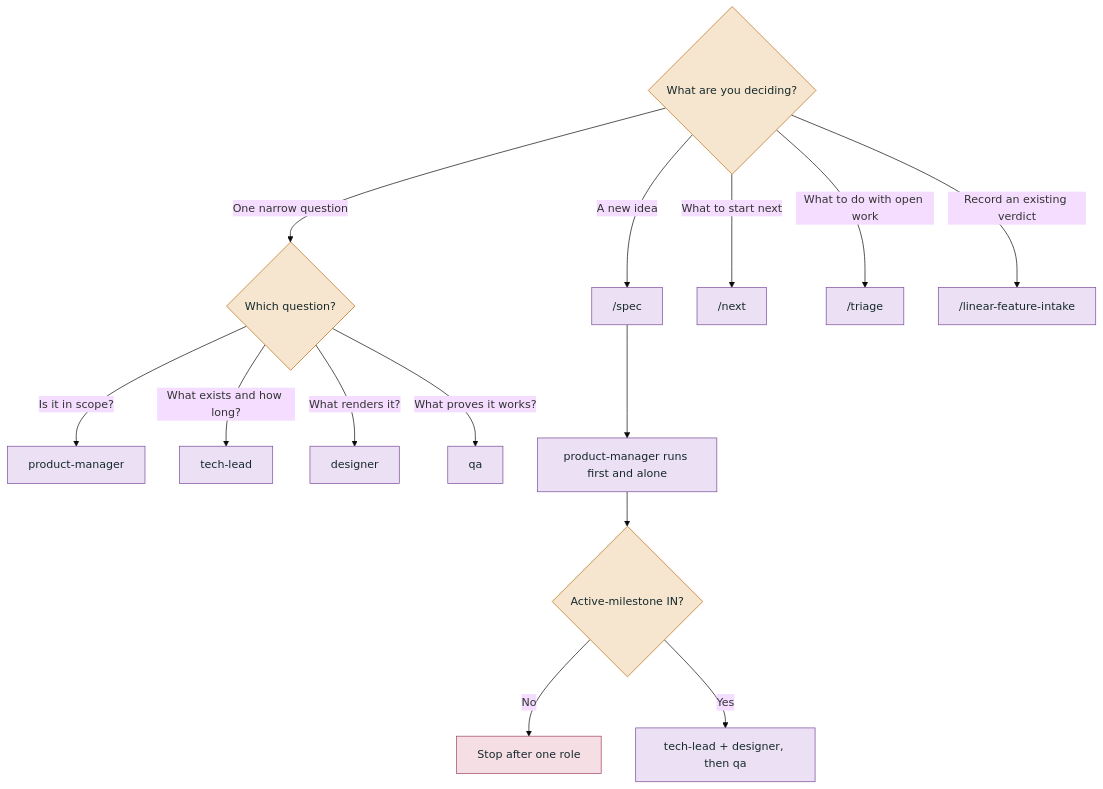
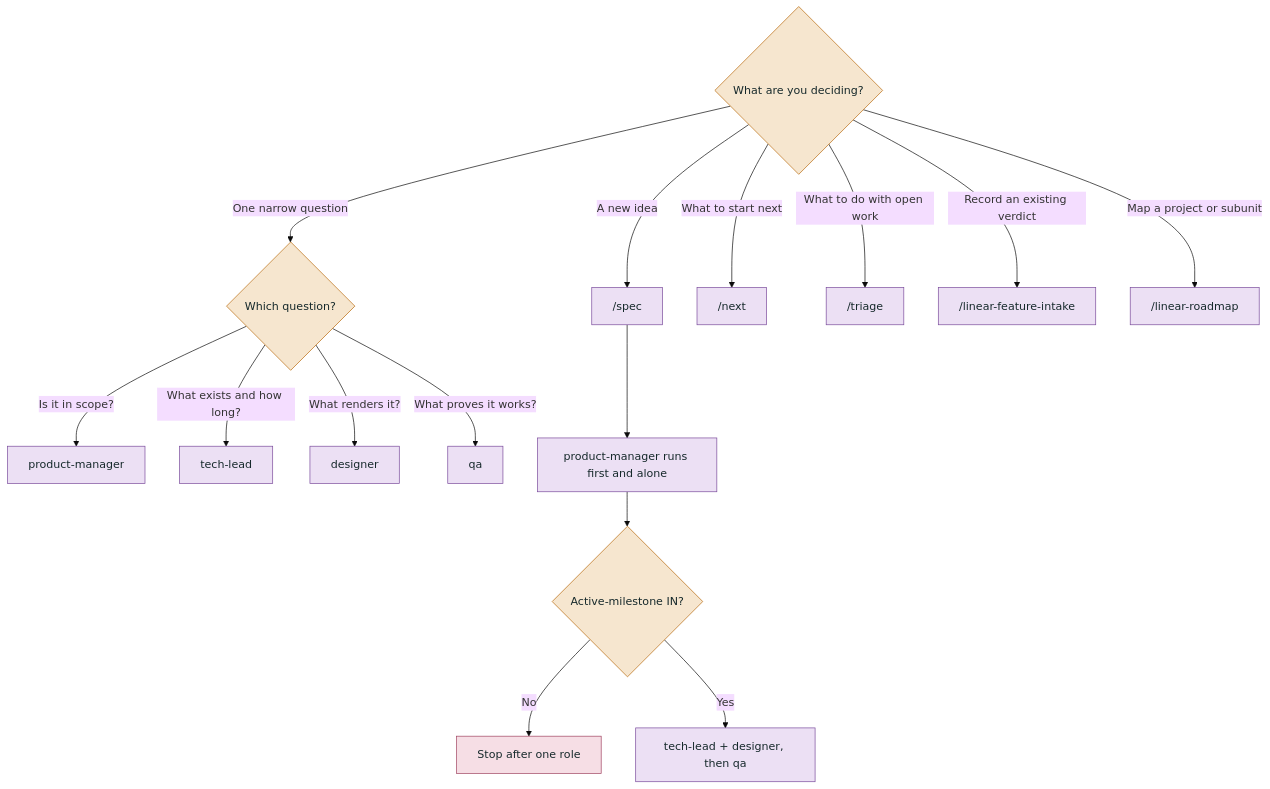
The fourth of 5 diagrams in docs/skill-map.md (khalilouardini/kstack), drawn with Mermaid (base theme) before and after one commit. The commit also changed other lines of this file and 18 other files, not shown here.

Commit message:
feat: prepare reusable project orchestration roadmaps

````diff
--- a/docs/skill-map.md
+++ b/docs/skill-map.md
@@ -145,26 +145,27 @@
 ```mermaid
 flowchart TD
     question{What are you deciding?}
     question -->|A new idea| spec["/spec"]
     question -->|One narrow question| one{Which question?}
     question -->|What to start next| next["/next"]
     question -->|What to do with open work| triage["/triage"]
     question -->|Record an existing verdict| intake["/linear-feature-intake"]
+    question -->|Map a project or subunit| roadmap["/linear-roadmap"]
 
     one -->|Is it in scope?| pm[product-manager]
     one -->|What exists and how long?| tl[tech-lead]
     one -->|What renders it?| design[designer]
     one -->|What proves it works?| qa[qa]
 
     spec --> gate["product-manager runs first and alone"]
     gate --> verdict{Active-milestone IN?}
     verdict -- No --> rejected["Stop after one role"]
     verdict -- Yes --> fanout["tech-lead + designer, then qa"]
 
     classDef decision fill:#f6e6cf,stroke:#b8690c,color:#16292b
     classDef action fill:#ece0f4,stroke:#7a4b9c,color:#16292b
     classDef stopStyle fill:#f6dee5,stroke:#a04360,color:#16292b
     class question,one,verdict decision
-    class spec,next,triage,intake,pm,tl,design,qa,gate,fanout action
+    class spec,next,triage,intake,roadmap,pm,tl,design,qa,gate,fanout action
     class rejected stopStyle
 ```
````
